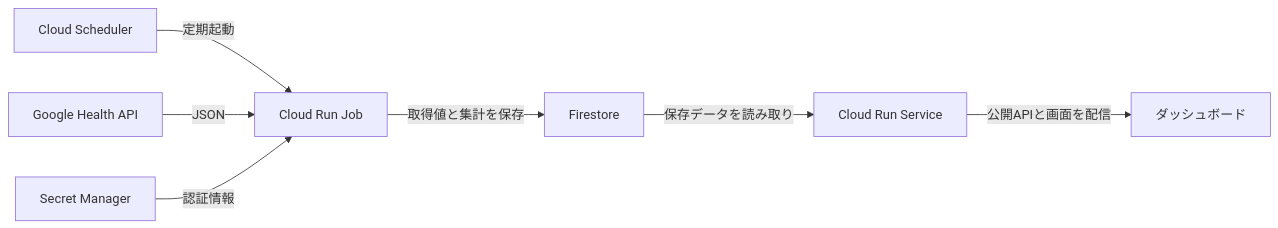
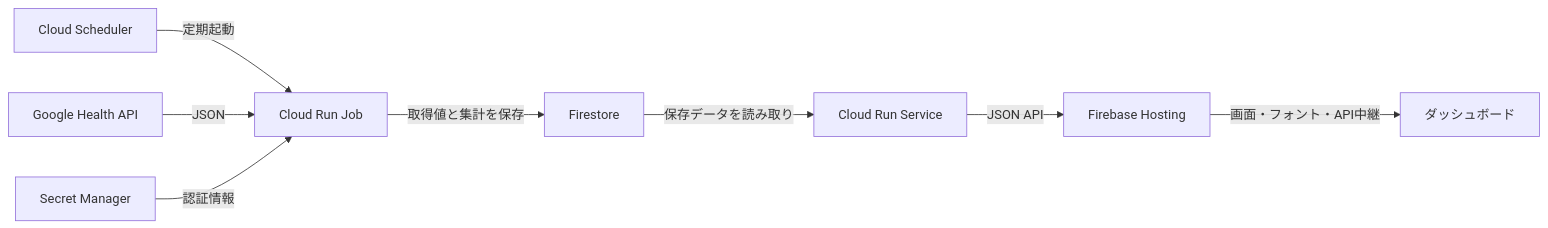
Before and after one commit to yt8492/healthcheck: the diagram in docs/implementation-plan.md, drawn with Mermaid. The commit also changed other lines of this file and 60 other files, not shown here.

````diff
--- a/docs/implementation-plan.md
+++ b/docs/implementation-plan.md
@@ -39,9 +39,10 @@
 ```mermaid
 flowchart LR
     scheduler[Cloud Scheduler] -->|定期起動| sync[Cloud Run Job]
     health[Google Health API] -->|JSON| sync
     secrets[Secret Manager] -->|認証情報| sync
     sync -->|取得値と集計を保存| db[Firestore]
     db -->|保存データを読み取り| api[Cloud Run Service]
-    api -->|公開APIと画面を配信| browser[ダッシュボード]
+    api -->|JSON API| hosting[Firebase Hosting]
+    hosting -->|画面・フォント・API中継| browser[ダッシュボード]
 ```
````
